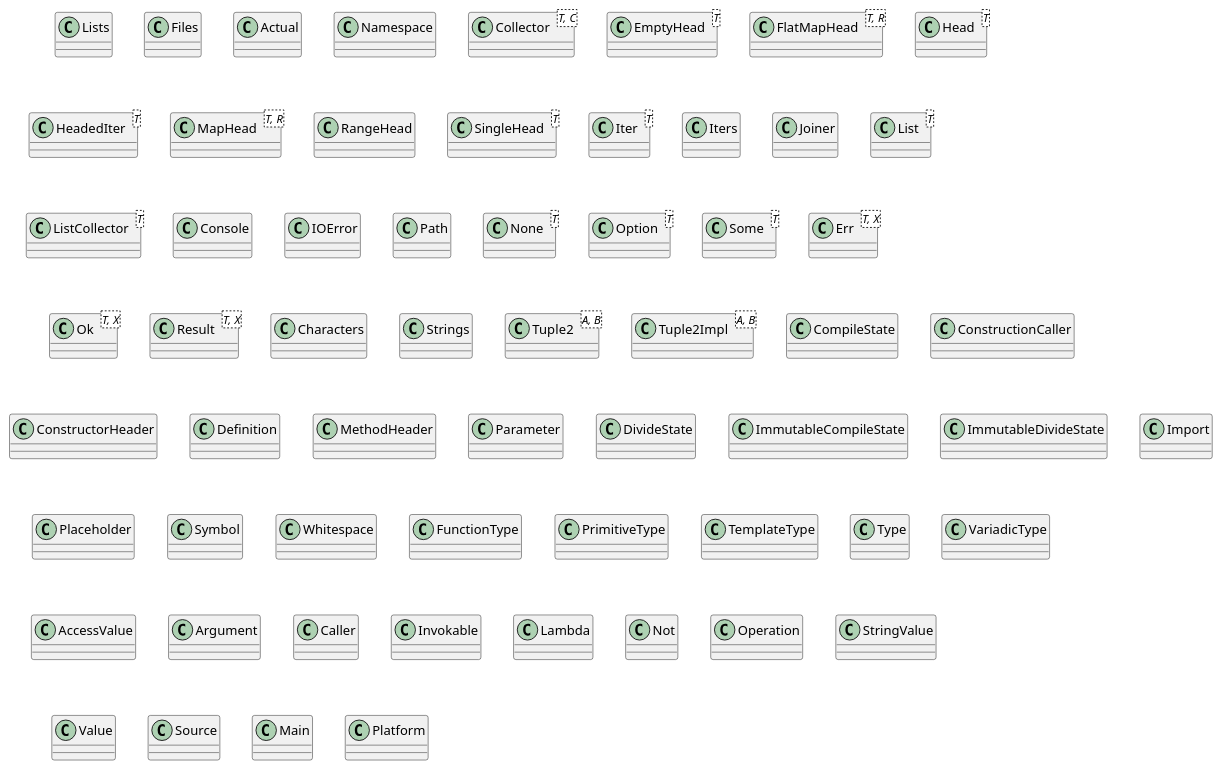
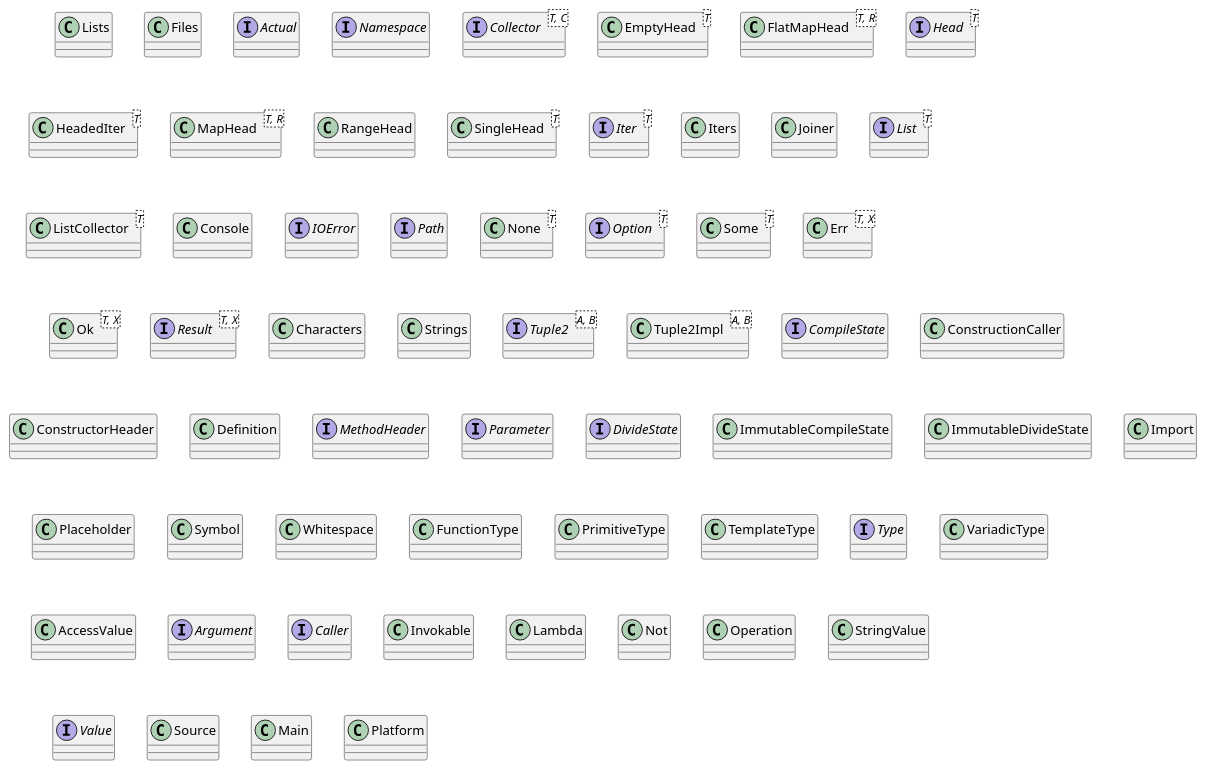
Before and after one commit to Magma-Foundation/Magma: the diagram in diagram.puml, drawn with PlantUML. The commit also changed 2 other files, not shown here.

```diff
--- a/diagram.puml
+++ b/diagram.puml
@@ -1,122 +1,122 @@
 @startuml
 class Lists {
 }
 class Files {
 }
-class Actual {
+interface Actual {
 }
-class Namespace {
+interface Namespace {
 }
-class Collector<T, C> {
+interface Collector<T, C> {
 }
 class EmptyHead<T> {
 }
 class FlatMapHead<T, R> {
 }
-class Head<T> {
+interface Head<T> {
 }
 class HeadedIter<T> {
 }
 class MapHead<T, R> {
 }
 class RangeHead {
 }
 class SingleHead<T> {
 }
-class Iter<T> {
+interface Iter<T> {
 }
 class Iters {
 }
 class Joiner {
 }
-class List<T> {
+interface List<T> {
 }
 class ListCollector<T> {
 }
 class Console {
 }
-class IOError {
+interface IOError {
 }
-class Path {
+interface Path {
 }
 class None<T> {
 }
-class Option<T> {
+interface Option<T> {
 }
 class Some<T> {
 }
 class Err<T, X> {
 }
 class Ok<T, X> {
 }
-class Result<T, X> {
+interface Result<T, X> {
 }
 class Characters {
 }
 class Strings {
 }
-class Tuple2<A, B> {
+interface Tuple2<A, B> {
 }
 class Tuple2Impl<A, B> {
 }
-class CompileState {
+interface CompileState {
 }
 class ConstructionCaller {
 }
 class ConstructorHeader {
 }
 class Definition {
 }
-class MethodHeader {
+interface MethodHeader {
 }
-class Parameter {
+interface Parameter {
 }
-class DivideState {
+interface DivideState {
 }
 class ImmutableCompileState {
 }
 class ImmutableDivideState {
 }
 class Import {
 }
 class Placeholder {
 }
 class Symbol {
 }
 class Whitespace {
 }
 class FunctionType {
 }
 class PrimitiveType {
 }
 class TemplateType {
 }
-class Type {
+interface Type {
 }
 class VariadicType {
 }
 class AccessValue {
 }
-class Argument {
+interface Argument {
 }
-class Caller {
+interface Caller {
 }
 class Invokable {
 }
 class Lambda {
 }
 class Not {
 }
 class Operation {
 }
 class StringValue {
 }
-class Value {
+interface Value {
 }
 class Source {
 }
 class Main {
 }
 class Platform {
 }
 @enduml
```
